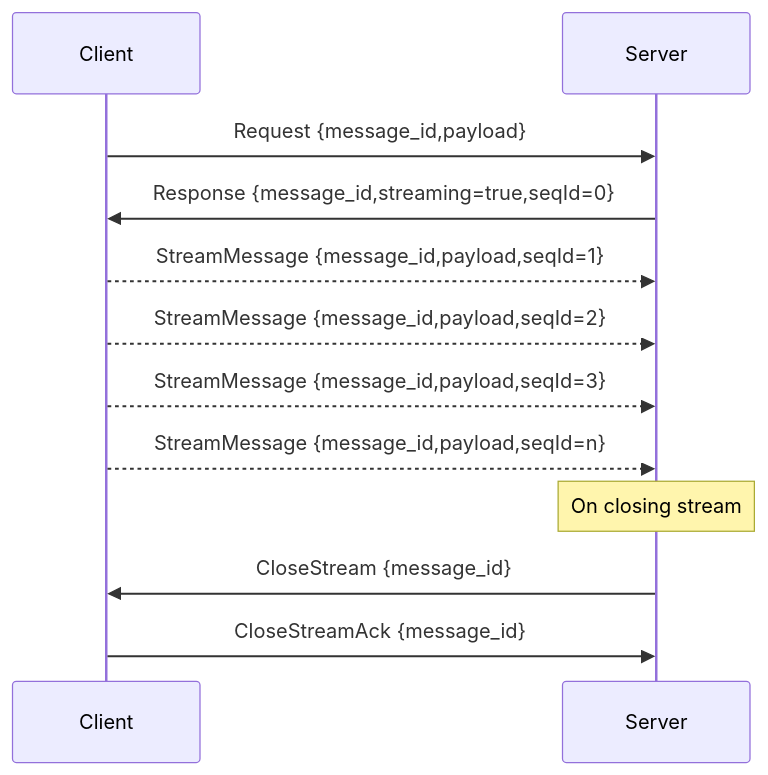
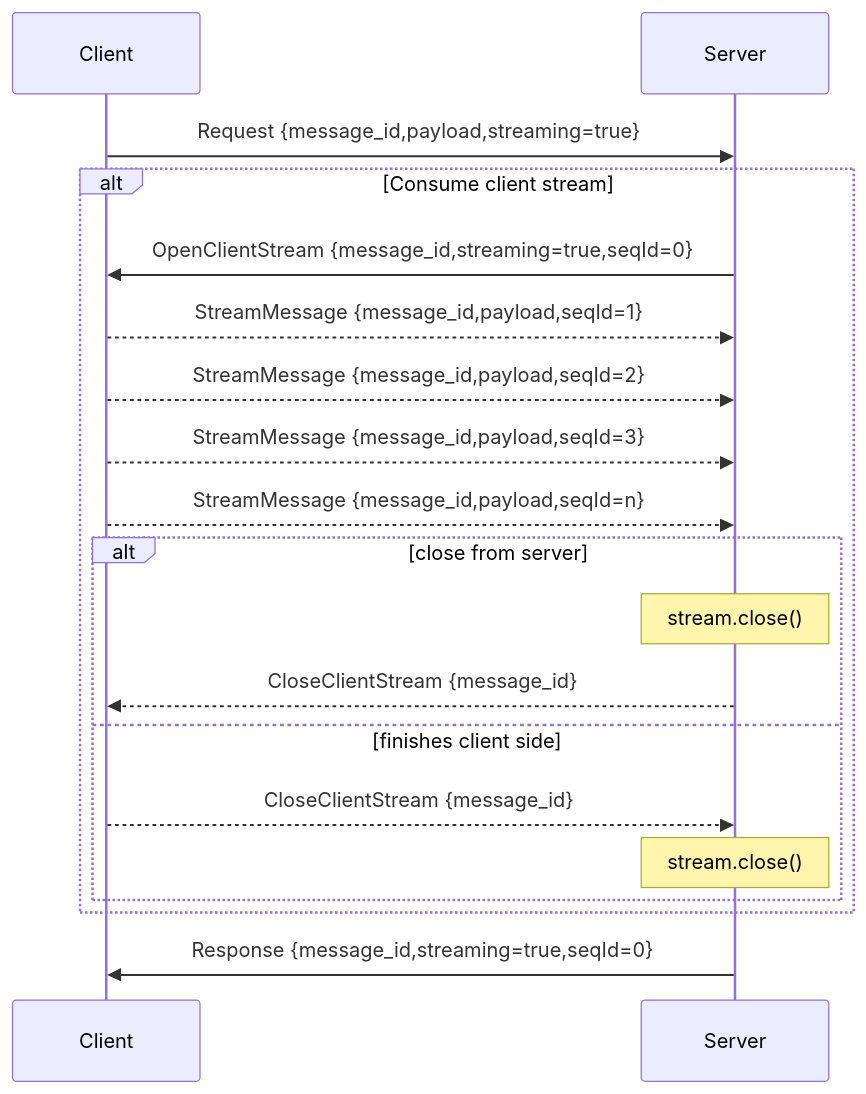
Before and after one commit to decentraland/adr: the third of 5 diagrams in RFC/RFC-7-rpc.md, drawn with Mermaid. The commit also changed other lines of this file, not shown here.

````diff
--- a/RFC/RFC-7-rpc.md
+++ b/RFC/RFC-7-rpc.md
@@ -88,14 +100,22 @@
 ```mermaid
 sequenceDiagram
   participant C as Client
   participant S as Server
-  C->>S: Request {message_id,payload}
+  C->>S: Request {message_id,payload,streaming=true}
+
+  alt Consume client stream
+    S->>C: OpenClientStream {message_id,streaming=true,seqId=0}
+    C-->>S: StreamMessage {message_id,payload,seqId=1}
+    C-->>S: StreamMessage {message_id,payload,seqId=2}
+    C-->>S: StreamMessage {message_id,payload,seqId=3}
+    C-->>S: StreamMessage {message_id,payload,seqId=n}
+    alt close from server
+      note over S: stream.close()
+      S-->>C: CloseClientStream {message_id}
+    else finishes client side
+      C-->>S: CloseClientStream {message_id}
+      note over S: stream.close()
+    end
+  end
   S->>C: Response {message_id,streaming=true,seqId=0}
-  C-->>S: StreamMessage {message_id,payload,seqId=1}
-  C-->>S: StreamMessage {message_id,payload,seqId=2}
-  C-->>S: StreamMessage {message_id,payload,seqId=3}
-  C-->>S: StreamMessage {message_id,payload,seqId=n}
-  note over S: On closing stream
-  S->>C: CloseStream {message_id}
-  C->>S: CloseStreamAck {message_id}
 ```
````
